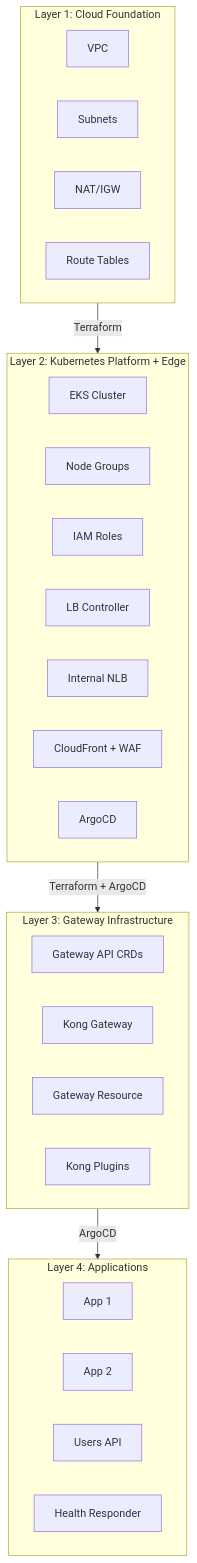
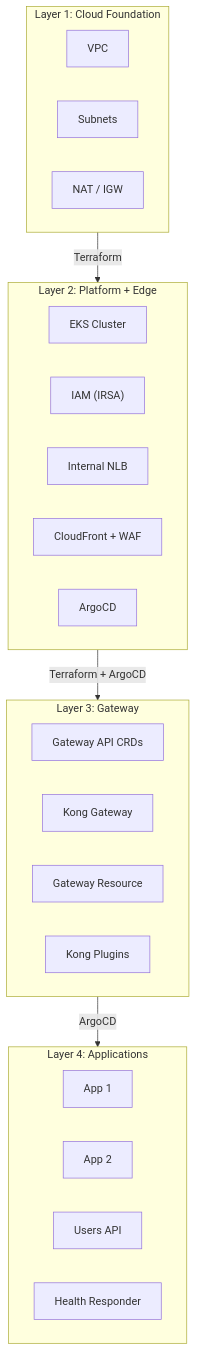
The fifth of 9 diagrams in README.md (shanaka-versent/Kong-Gateway-on-EKS), drawn with Mermaid before and after one commit. The commit also changed other lines of this file, not shown here.

First line of the commit message:
Update README with common reference architecture and implementation comparison diagrams

````diff
--- a/README.md
+++ b/README.md
@@ -116,41 +284,38 @@
 ```mermaid
 flowchart TB
     subgraph L1["Layer 1: Cloud Foundation"]
         direction LR
         VPC["VPC"]
         Subnets["Subnets"]
-        NAT["NAT/IGW"]
-        RTables["Route Tables"]
+        NAT["NAT / IGW"]
     end
 
-    subgraph L2["Layer 2: Kubernetes Platform + Edge"]
+    subgraph L2["Layer 2: Platform + Edge"]
         direction LR
         EKS["EKS Cluster"]
-        Nodes["Node Groups"]
-        IAM["IAM Roles"]
-        LBC["LB Controller"]
+        IAM["IAM (IRSA)"]
         NLB["Internal NLB"]
         CF["CloudFront + WAF"]
         ArgoCD["ArgoCD"]
     end
 
-    subgraph L3["Layer 3: Gateway Infrastructure"]
+    subgraph L3["Layer 3: Gateway"]
         direction LR
         CRDs["Gateway API CRDs"]
         KongGW["Kong Gateway"]
-        Gateway["Gateway Resource"]
-        KongPlugins["Kong Plugins"]
+        GW["Gateway Resource"]
+        KPlugins["Kong Plugins"]
     end
 
     subgraph L4["Layer 4: Applications"]
         direction LR
         App1["App 1"]
         App2["App 2"]
         UsersAPI["Users API"]
         HealthResp["Health Responder"]
     end
 
-    L1 -->|Terraform| L2
-    L2 -->|Terraform + ArgoCD| L3
-    L3 -->|ArgoCD| L4
+    L1 -->|"Terraform"| L2
+    L2 -->|"Terraform + ArgoCD"| L3
+    L3 -->|"ArgoCD"| L4
 ```
````
